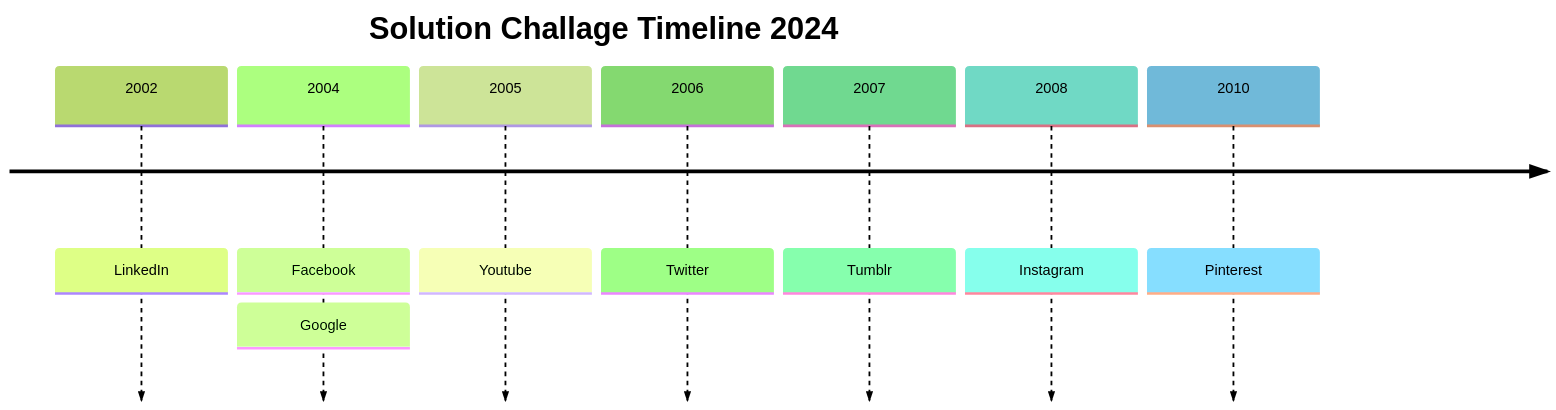
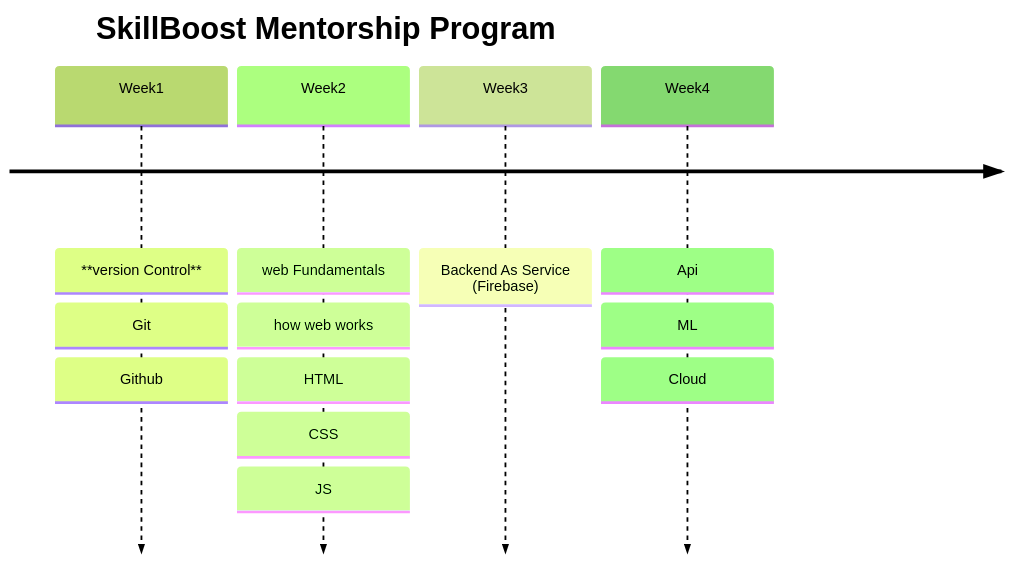
The diagram in app/docs/intro.md (AdamsGeeky/skillbost), drawn with Mermaid before and after one commit. The commit also changed other lines of this file, not shown here.

````diff
--- a/app/docs/intro.md
+++ b/app/docs/intro.md
@@ -31,12 +37,9 @@
 ```mermaid
 %%{init: { 'logLevel': 'debug', 'theme': 'forest' } }%%
     timeline
-        title Solution Challage Timeline 2024
-          2002 : LinkedIn
-          2004 : Facebook : Google
-          2005 : Youtube
-          2006 : Twitter
-          2007 : Tumblr
-          2008 : Instagram
-          2010 : Pinterest
+        title SkillBoost Mentorship Program 
+          Week1 : **version Control** : Git : Github 
+          Week2 : web Fundamentals : how web works : HTML : CSS : JS
+          Week3 : Backend As Service (Firebase)
+          Week4 : Api : ML : Cloud       
 ```
````
